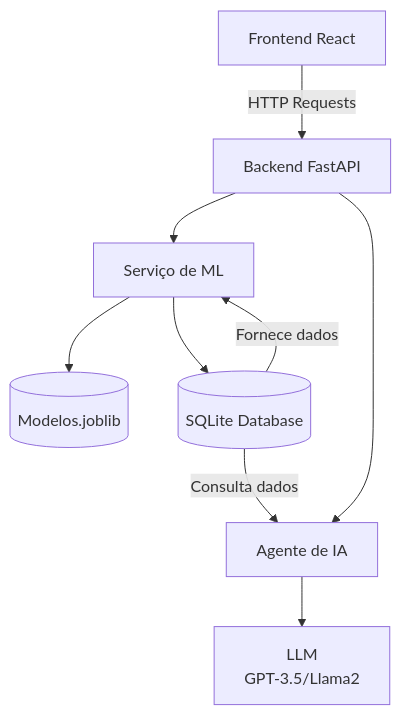
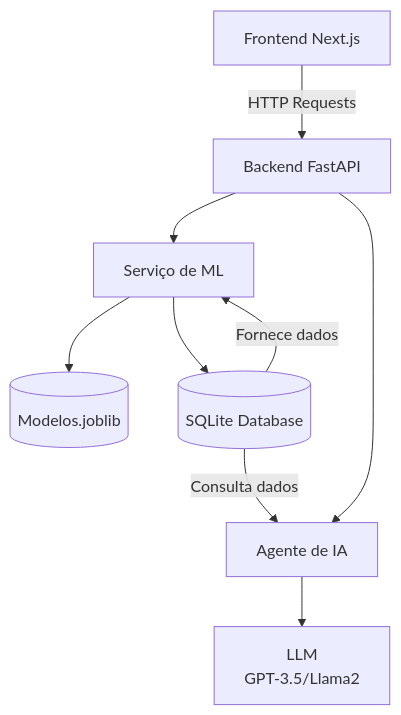
Before and after one commit to victorhorat/ProdWise: the second of 2 diagrams in README.md, drawn with Mermaid. The commit also changed other lines of this file and 24 other files, not shown here.

````diff
--- a/README.md
+++ b/README.md
@@ -29,11 +29,11 @@
 ```mermaid
 graph TD
-    A[Frontend React] -->|HTTP Requests| B[Backend FastAPI]
+    A[Frontend Next.js] -->|HTTP Requests| B[Backend FastAPI]
     B --> C[Serviço de ML]
     B --> D[Agente de IA]
     C --> E[(Modelos.joblib)]
     C --> F[(SQLite Database)]
     D --> G[LLM\nGPT-3.5/Llama2]
     F -->|Fornece dados| C
     F -->|Consulta dados| D
 ```
````
